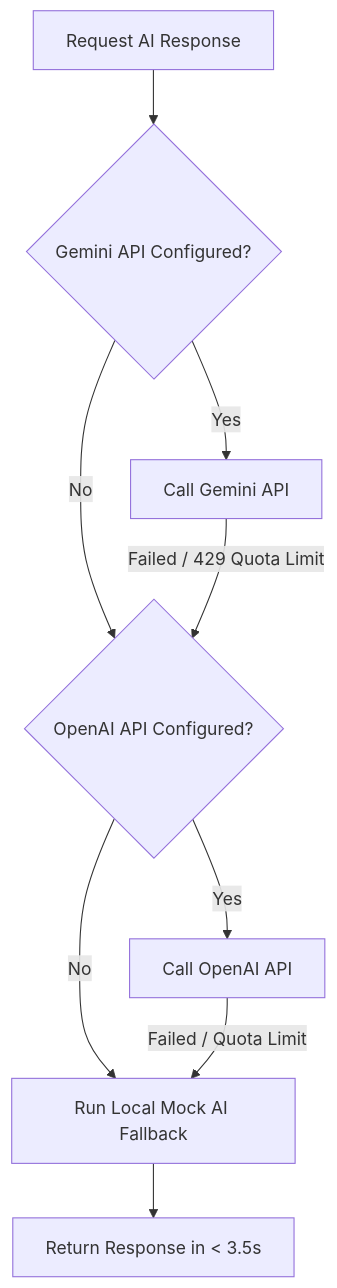
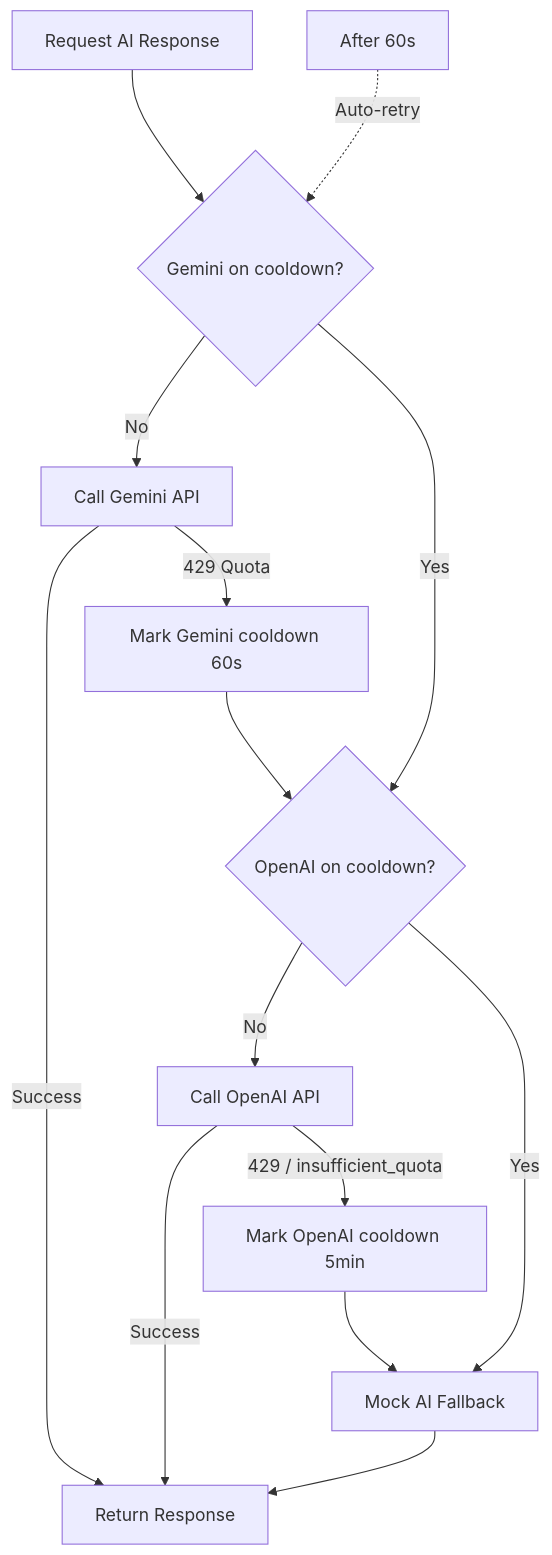
The diagram in README.md (XnCanh/ucorm-mvp), drawn with Mermaid before and after one commit. The commit also changed other lines of this file, not shown here.

Commit message:
docs: update README to reflect Gemini 2.0 versioning and revised AI fallback logic with cooldown mechanisms

````diff
--- a/README.md
+++ b/README.md
@@ -53,11 +53,16 @@
 ```mermaid
 graph TD
-      A[Request AI Response] --> B{Gemini API Configured?}
-      B -- Yes --> C[Call Gemini API]
-      B -- No --> D{OpenAI API Configured?}
-      C -- Failed / 429 Quota Limit --> D
-      D -- Yes --> E[Call OpenAI API]
-      D -- No --> F[Run Local Mock AI Fallback]
-      E -- Failed / Quota Limit --> F
-      F --> G[Return Response in < 3.5s]
+  A[Request AI Response] --> B{Gemini on cooldown?}
+  B -- No --> C[Call Gemini API]
+  B -- Yes --> E
+  C -- Success --> G[Return Response]
+  C -- "429 Quota" --> D[Mark Gemini cooldown 60s]
+  D --> E{OpenAI on cooldown?}
+  E -- No --> F[Call OpenAI API]
+  E -- Yes --> H[Mock AI Fallback]
+  F -- Success --> G
+  F -- "429 / insufficient_quota" --> I[Mark OpenAI cooldown 5min]
+  I --> H
+  H --> G
+  D2[After 60s] -.->|Auto-retry| B
 ```
````
